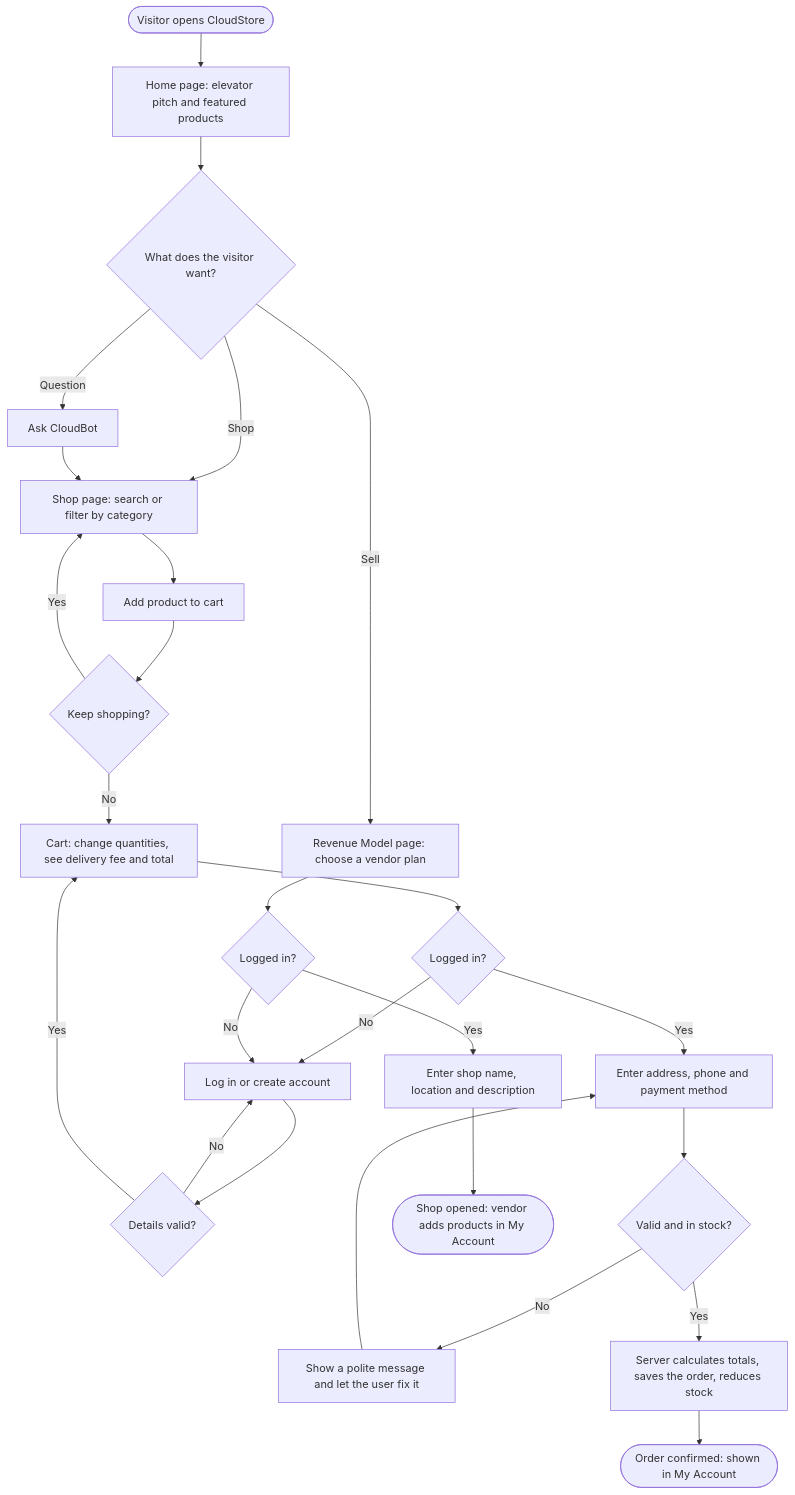
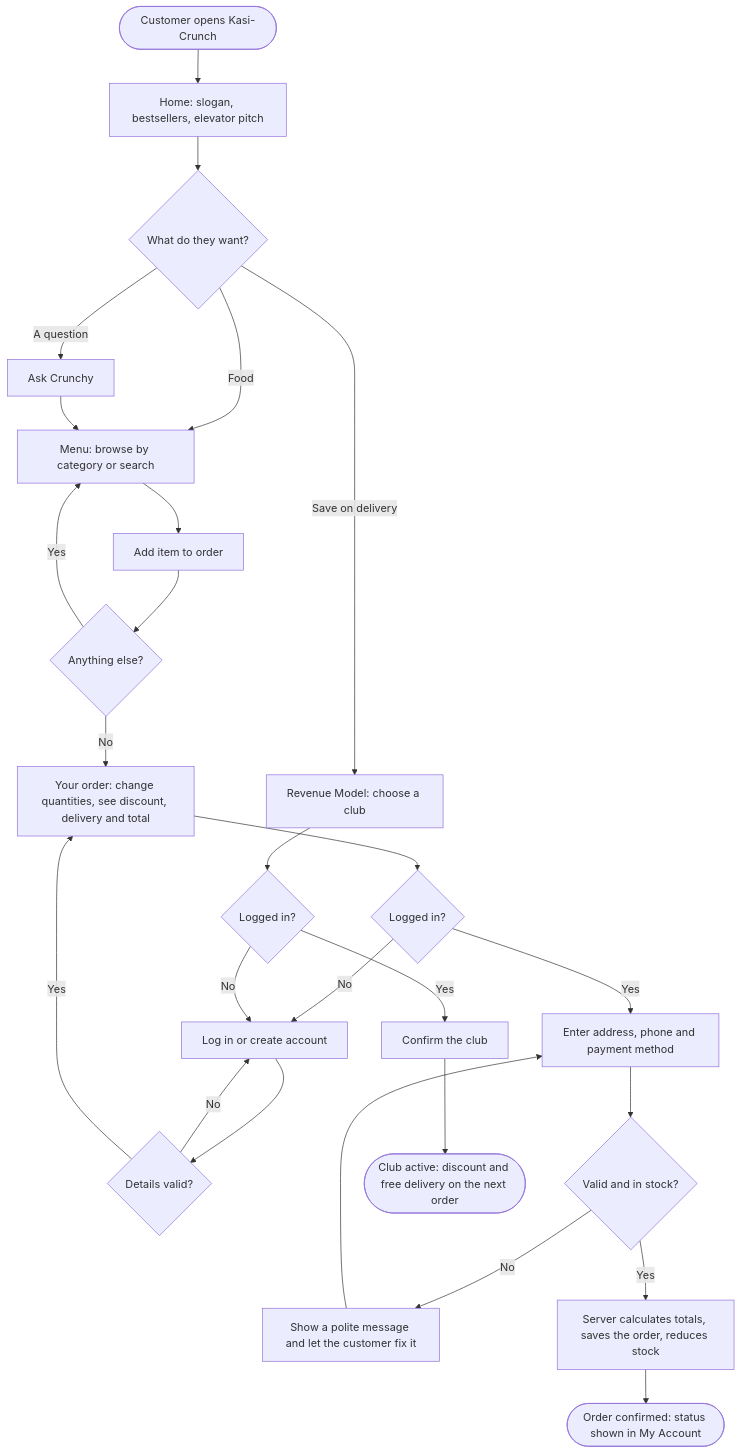
One commit to Responcebility/CloudStore changed the diagram in docs/design.md. Above: the diagram before and after it, drawn with Mermaid. The commit also changed other lines of this file and 65 other files, not shown here.

First line of the commit message:
Rebrand to Kasi-Crunch: township fried-chicken ordering site

````diff
--- a/docs/design.md
+++ b/docs/design.md
@@ -81,28 +81,28 @@
 ```mermaid
 flowchart TD
-    A([Visitor opens CloudStore]) --> B[Home page: elevator pitch and featured products]
-    B --> C{What does the visitor want?}
-    C -->|Shop| D[Shop page: search or filter by category]
-    C -->|Sell| P[Revenue Model page: choose a vendor plan]
-    C -->|Question| Q[Ask CloudBot]
+    A([Customer opens Kasi-Crunch]) --> B[Home: slogan, bestsellers, elevator pitch]
+    B --> C{What do they want?}
+    C -->|Food| D[Menu: browse by category or search]
+    C -->|Save on delivery| P[Revenue Model: choose a club]
+    C -->|A question| Q[Ask Crunchy]
     Q --> D
-    D --> E[Add product to cart]
-    E --> F{Keep shopping?}
+    D --> E[Add item to order]
+    E --> F{Anything else?}
     F -->|Yes| D
-    F -->|No| G[Cart: change quantities, see delivery fee and total]
+    F -->|No| G[Your order: change quantities, see discount, delivery and total]
     G --> H{Logged in?}
     H -->|No| I[Log in or create account]
     I --> J{Details valid?}
     J -->|No| I
     J -->|Yes| G
     H -->|Yes| K[Enter address, phone and payment method]
     K --> L{Valid and in stock?}
-    L -->|No| M[Show a polite message and let the user fix it]
+    L -->|No| M[Show a polite message and let the customer fix it]
     M --> K
     L -->|Yes| N[Server calculates totals, saves the order, reduces stock]
-    N --> O([Order confirmed: shown in My Account])
+    N --> O([Order confirmed: status shown in My Account])
     P --> H2{Logged in?}
     H2 -->|No| I
-    H2 -->|Yes| R[Enter shop name, location and description]
-    R --> S([Shop opened: vendor adds products in My Account])
+    H2 -->|Yes| R[Confirm the club]
+    R --> S([Club active: discount and free delivery on the next order])
 ```
````
